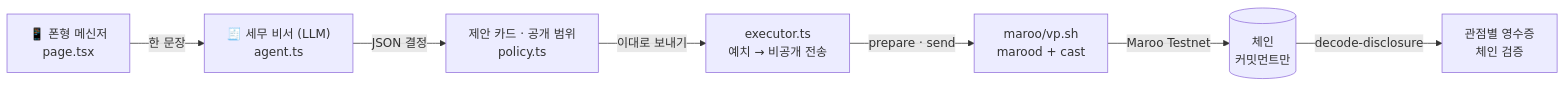
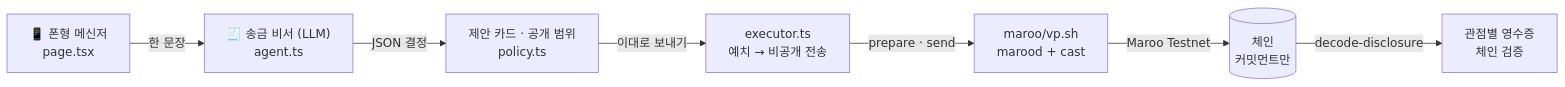
Before and after one commit to chanpark-xyz/clearpay: the diagram in README.md, drawn with Mermaid. The commit also changed other lines of this file and 5 other files, not shown here.

````diff
--- a/README.md
+++ b/README.md
@@ -114,9 +114,9 @@
 ```mermaid
 flowchart LR
-  U["📱 폰형 메신저<br/>page.tsx"] -- "한 문장" --> A["🧾 세무 비서 (LLM)<br/>agent.ts"]
+  U["📱 폰형 메신저<br/>page.tsx"] -- "한 문장" --> A["🧾 송금 비서 (LLM)<br/>agent.ts"]
   A -- "JSON 결정" --> P["제안 카드 · 공개 범위<br/>policy.ts"]
   P -- "이대로 보내기" --> E["executor.ts<br/>예치 → 비공개 전송"]
   E -- "prepare · send" --> V["maroo/vp.sh<br/>marood + cast"]
   V -- "Maroo Testnet" --> C[("체인<br/>커밋먼트만")]
   C -- "decode-disclosure" --> R["관점별 영수증<br/>체인 검증"]
 ```
````
